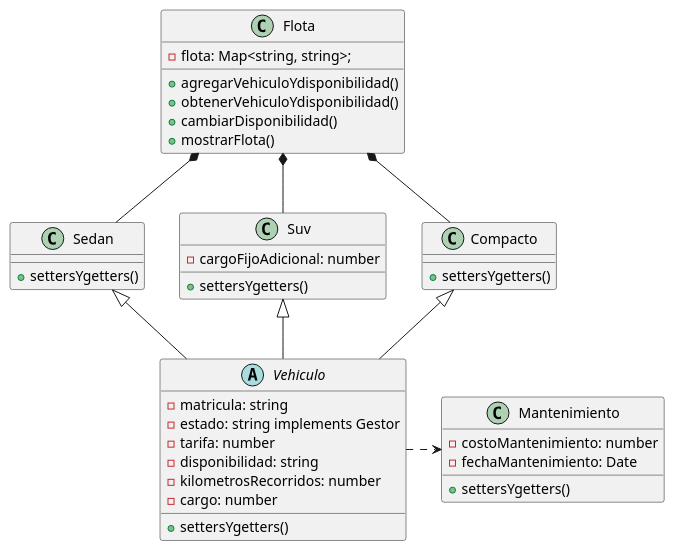
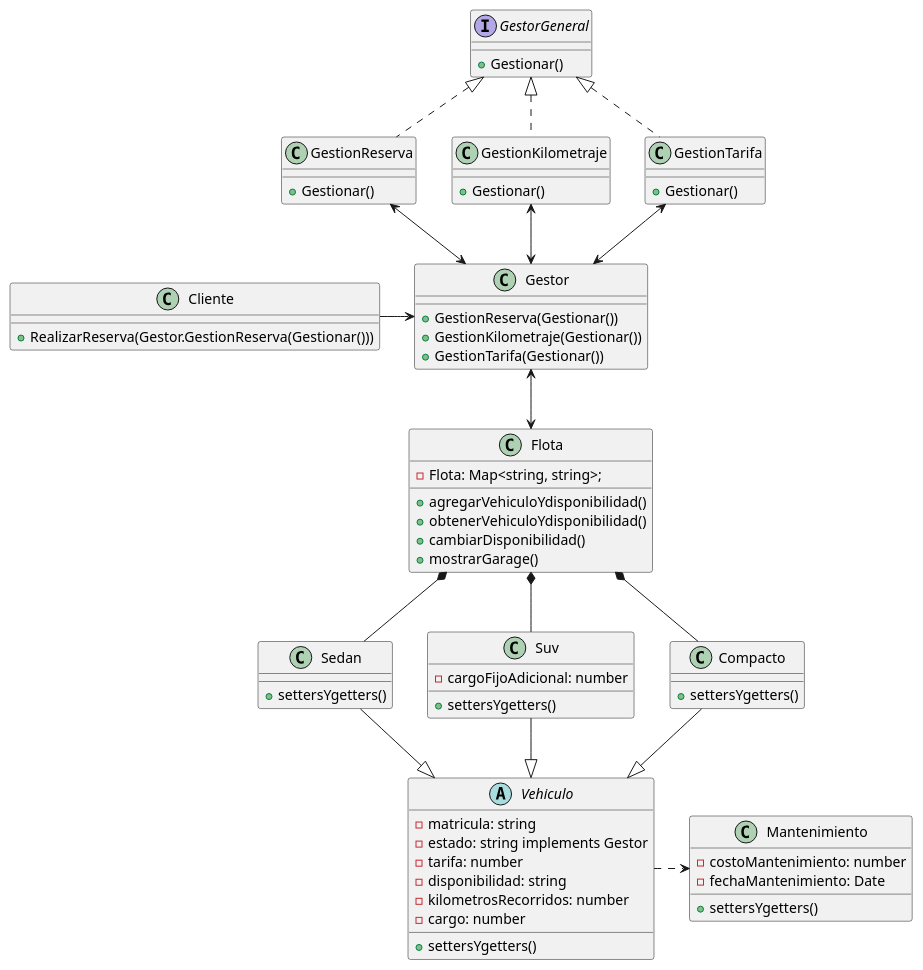
The diagram in diagramaFlotaVehiculos.puml (antonellaBelenVidela/Programacion2Grupo7), drawn with PlantUML before and after one commit. The commit also changed 1 other file, not shown here.

Commit message:
Diagrama versión 1.2

```diff
--- a/diagramaFlotaVehiculos.puml
+++ b/diagramaFlotaVehiculos.puml
@@ -1,70 +1,108 @@
 @startuml DriveHub
  
 'Preguntas:
 
 'Flota Pulpo derivador de Tareas' NO
 'Interfaz Gestor de tarifas' Quizas
 'Biblioteca Moment JS para calculos de fecha' Con Date se puede
 
 
 'Relaciones Flota'
 Flota *-- Sedan
 Flota *-- Suv
 Flota *-- Compacto
 
 'Relaciones Herencia'
-Sedan <|-- Vehiculo
-Suv <|-- Vehiculo
-Compacto <|-- Vehiculo
+Sedan --|> Vehiculo
+Suv --|> Vehiculo
+Compacto --|> Vehiculo
+
+'Relaciones Generales'
+GestionReserva .u.|> GestorGeneral
+GestionKilometraje .u.|> GestorGeneral
+GestionTarifa .u.|> GestorGeneral
+GestionReserva <--> Gestor
+GestionKilometraje <--> Gestor
+GestionTarifa <--> Gestor
 
 'Dependencias'
 Vehiculo .r.> Mantenimiento
 
+'Asociaciones'
+Flota <-u-> Gestor
+Cliente -r-> Gestor
 
 
 
 
 'Clases'
 
+class Cliente{
+    + RealizarReserva(Gestor.GestionReserva(Gestionar()))
+}
+
+class Gestor{
+    + GestionReserva(Gestionar())
+    + GestionKilometraje(Gestionar())
+    + GestionTarifa(Gestionar())
+}
+
 class Flota{
     'La key es la categoría(Suv, Sedan, Compacto)
     'El valor es su disponibilidad(Está disponible o no para el Cliente)'
-    - flota: Map<string, string>;
+    - Flota: Map<string, string>;
     + agregarVehiculoYdisponibilidad()
     + obtenerVehiculoYdisponibilidad()
     + cambiarDisponibilidad()
-    + mostrarFlota()
+    + mostrarGarage()
 }
 
 abstract class Vehiculo{
     - matricula: string
     - estado: string implements Gestor
     - tarifa: number
     - disponibilidad: string
     - kilometrosRecorridos: number
     - cargo: number
  
     + settersYgetters()
 }
 
 class Compacto{
     + settersYgetters()
 }
 
 class Sedan{
     + settersYgetters()
 }
 
 class Suv{
     - cargoFijoAdicional: number
     + settersYgetters()
 }
 
 class Mantenimiento{
     - costoMantenimiento: number
     - fechaMantenimiento: Date
 
     + settersYgetters()
 }
 
+class GestionReserva{
+    + Gestionar()
+}
+
+class GestionKilometraje{
+    + Gestionar()
+}
+
+class GestionTarifa{
+    + Gestionar()
+}
+
+'Interfaces'
+interface GestorGeneral{
+    + Gestionar()
+} 
+
 @enduml
```
